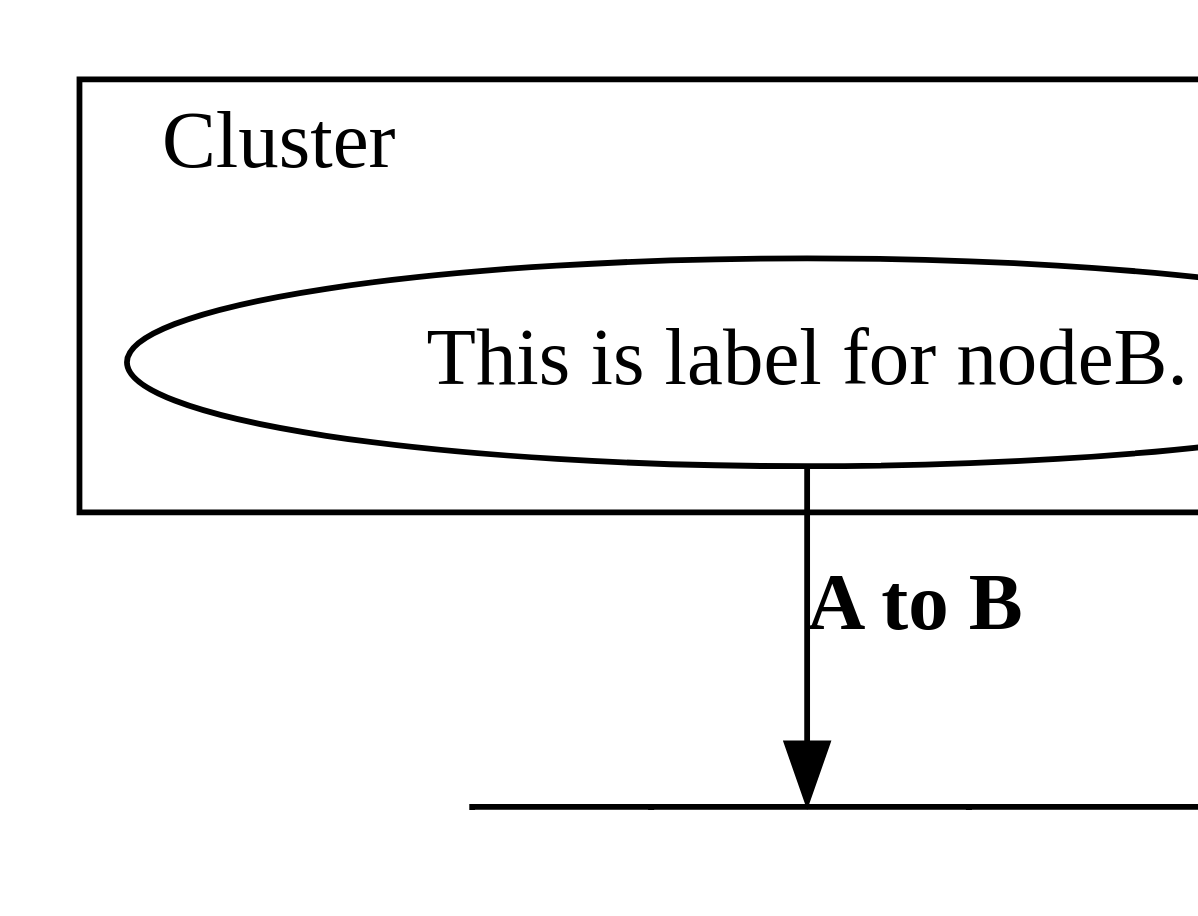
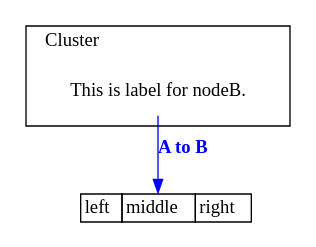
Before and after one commit to ts-graphviz/ts-graphviz: the diagram in packages/react/README.md, drawn with Graphviz. The commit also changed other lines of this file and 3 other files, not shown here.

First line of the commit message:
Merge pull request #67 from ts-graphviz/update-readme

````diff
--- a/packages/react/README.md
+++ b/packages/react/README.md
@@ -58,21 +76,28 @@
 ```dot
 digraph {
-  dpi = 150;
+  rankdir = "TB";
+  edge [
+    color = "blue",
+    fontcolor = "blue",
+  ];
+  node [
+    shape = "none",
+  ];
   "nodeA" [
     shape = "none",
-    label = <<table BORDER="0" CELLBORDER="1" CELLSPACING="0"><tr><td>left</td><td PORT="m">middle</td><td PORT="r">right</td></tr></table>>,
+    label = <<TABLE BORDER="0" CELLBORDER="1" CELLSPACING="0"><TR><TD>left</TD><TD PORT="m">middle</TD><TD PORT="r">right</TD></TR></TABLE>>,
   ];
   "nodeB";
   subgraph "cluster" {
     labeljust = "l";
     label = "Cluster";
     "nodeB" [
       label = "This is label for nodeB.",
     ];
   }
   // Edge from node A to B
   "nodeB" -> "nodeA":"m" [
-    label = <<b>A to B</b>>,
+    label = <<B>A to B</B>>,
   ];
 }
 ```
````
